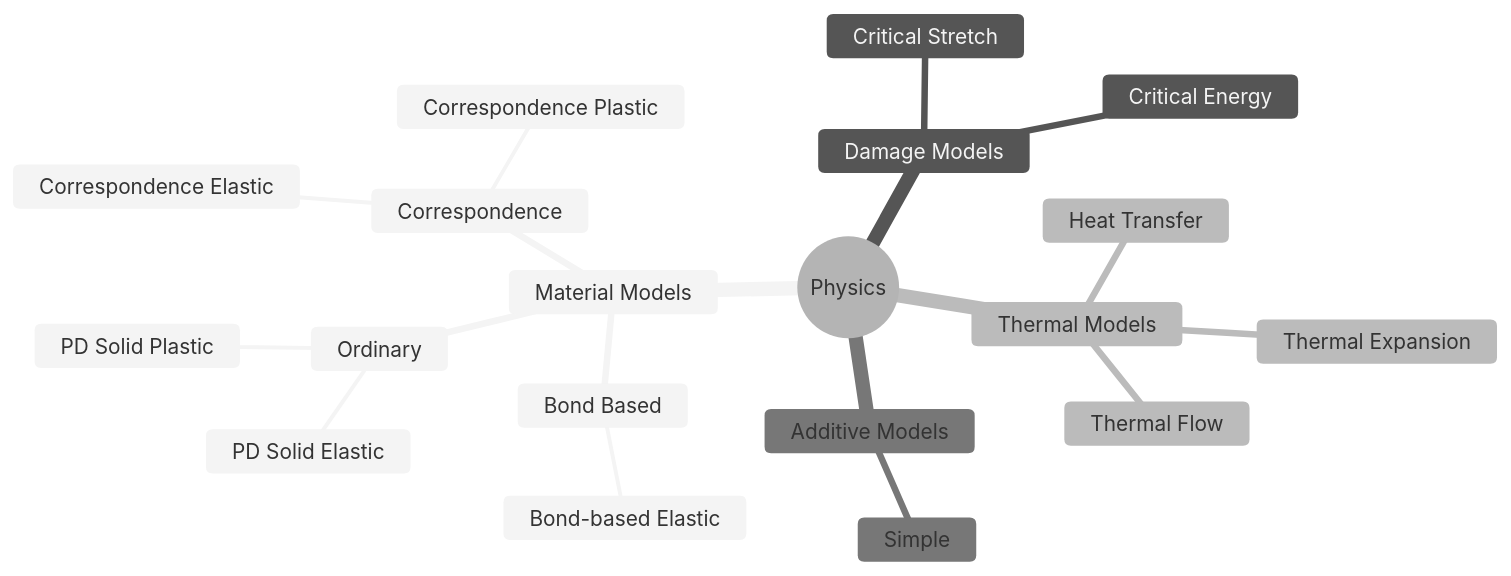
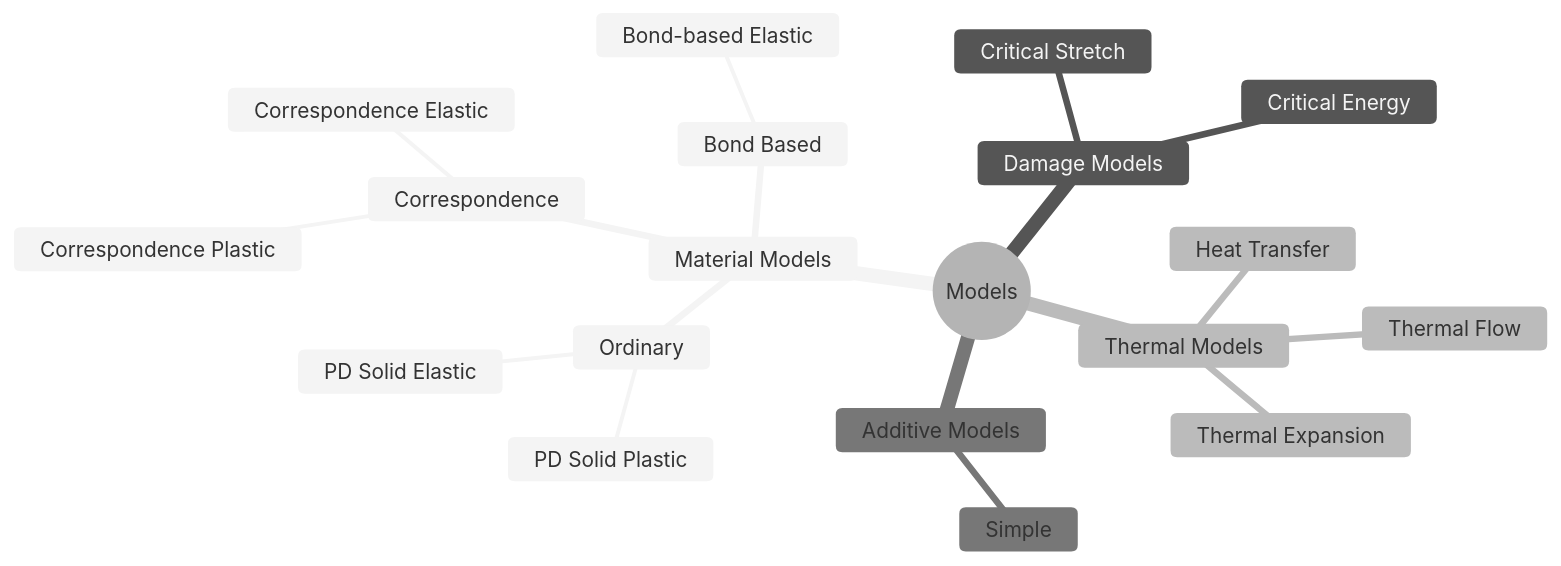
One commit to PeriHub/PeriLab.jl changed the diagram in docs/src/man/physics/overview.md. Above: the diagram before and after it, drawn with Mermaid (neutral theme). The commit also changed other lines of this file and 254 other files, not shown here.

````diff
--- a/docs/src/man/physics/overview.md
+++ b/docs/src/man/physics/overview.md
@@ -3,22 +3,22 @@
 ```mermaid
 mindmap
-  root((Physics))
+  root((Models))
     Material Models
       Bond Based
         Bond-based Elastic
       Ordinary
         PD Solid Elastic
         PD Solid Plastic
       Correspondence
         Correspondence Elastic
         Correspondence Plastic
     Damage Models
       Critical Stretch
       Critical Energy
     Thermal Models
       Thermal Expansion
       Thermal Flow
       Heat Transfer
     Additive Models
         Simple
 ```
````
